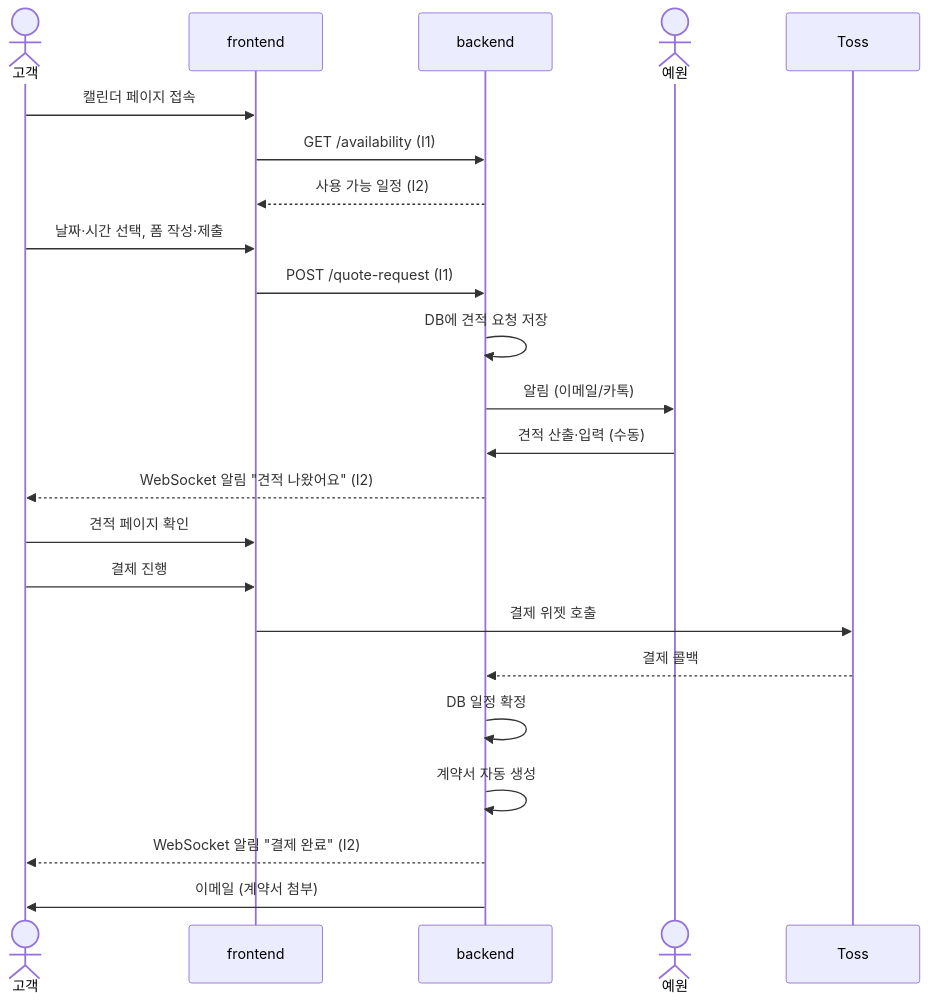
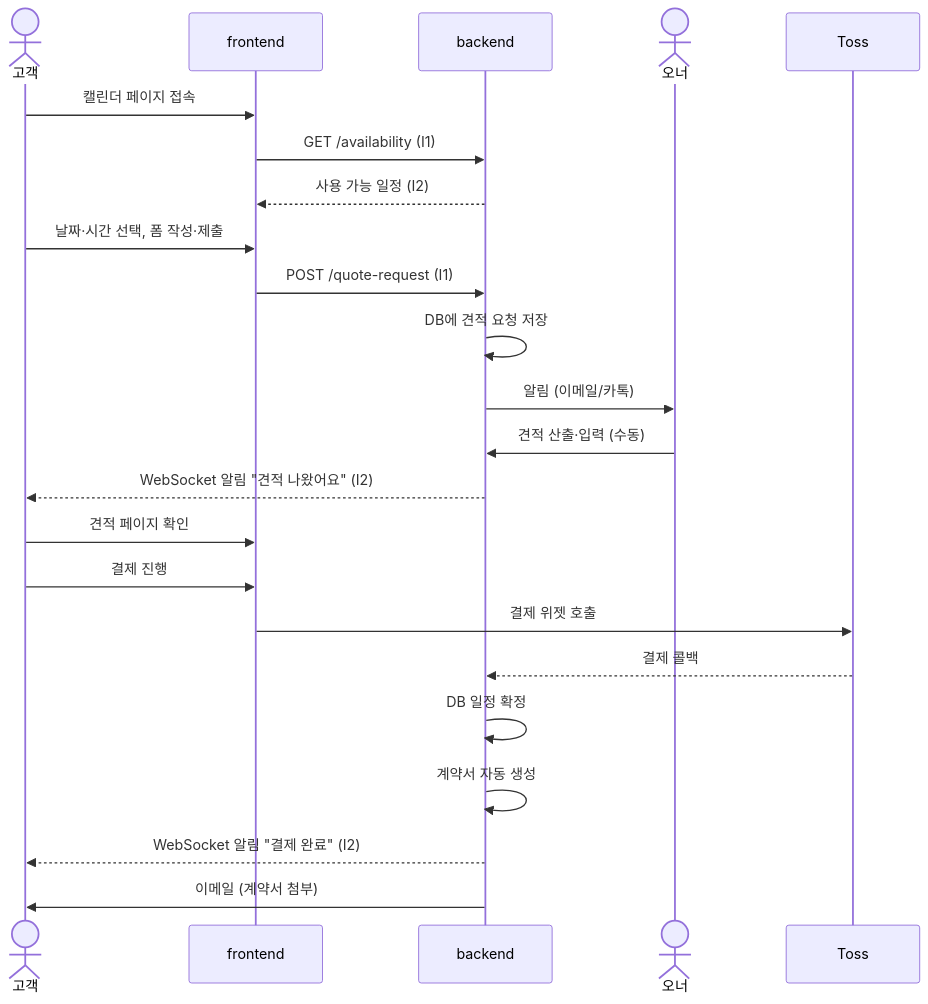
The first of 6 diagrams in docs/design/03_data_flow.md (Yewon419/HangsungDrone), drawn with Mermaid before and after one commit. The commit also changed other lines of this file and 2 other files, not shown here.

First line of the commit message:
Rename owner references from personal name to generic "오너"

````diff
--- a/docs/design/03_data_flow.md
+++ b/docs/design/03_data_flow.md
@@ -25,26 +25,26 @@
 ```mermaid
 sequenceDiagram
     actor User as 고객
     participant FE as frontend
     participant BE as backend
-    actor Owner as 예원
+    actor Owner as 오너
     participant Toss
 
     User->>FE: 캘린더 페이지 접속
     FE->>BE: GET /availability (I1)
     BE-->>FE: 사용 가능 일정 (I2)
     User->>FE: 날짜·시간 선택, 폼 작성·제출
     FE->>BE: POST /quote-request (I1)
     BE->>BE: DB에 견적 요청 저장
     BE->>Owner: 알림 (이메일/카톡)
     Owner->>BE: 견적 산출·입력 (수동)
     BE-->>User: WebSocket 알림 "견적 나왔어요" (I2)
     User->>FE: 견적 페이지 확인
     User->>FE: 결제 진행
     FE->>Toss: 결제 위젯 호출
     Toss-->>BE: 결제 콜백
     BE->>BE: DB 일정 확정
     BE->>BE: 계약서 자동 생성
     BE-->>User: WebSocket 알림 "결제 완료" (I2)
     BE->>User: 이메일 (계약서 첨부)
 ```
````
